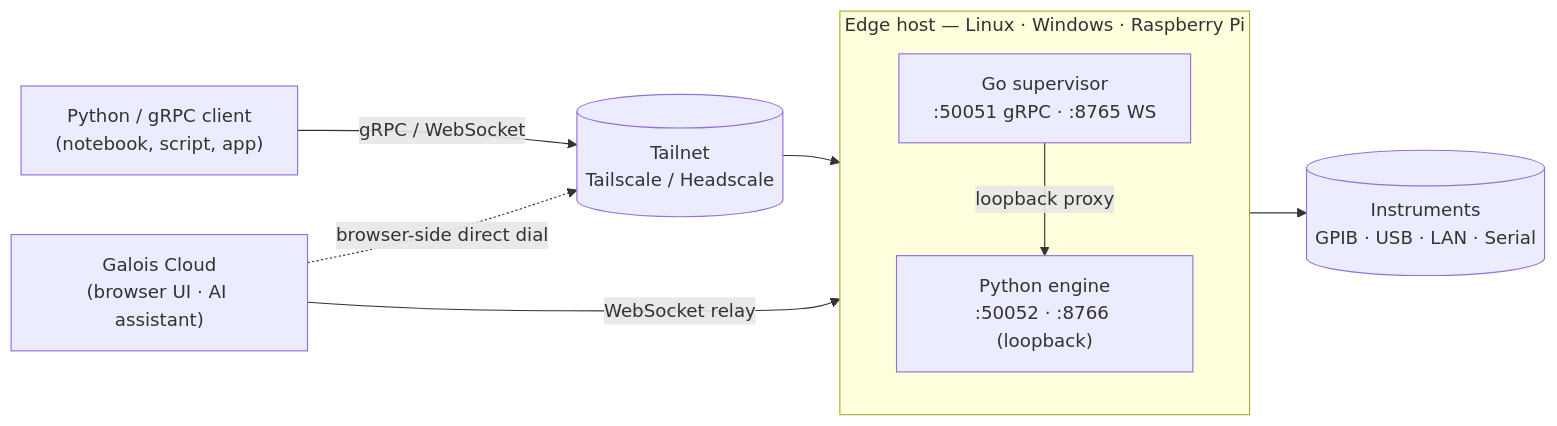
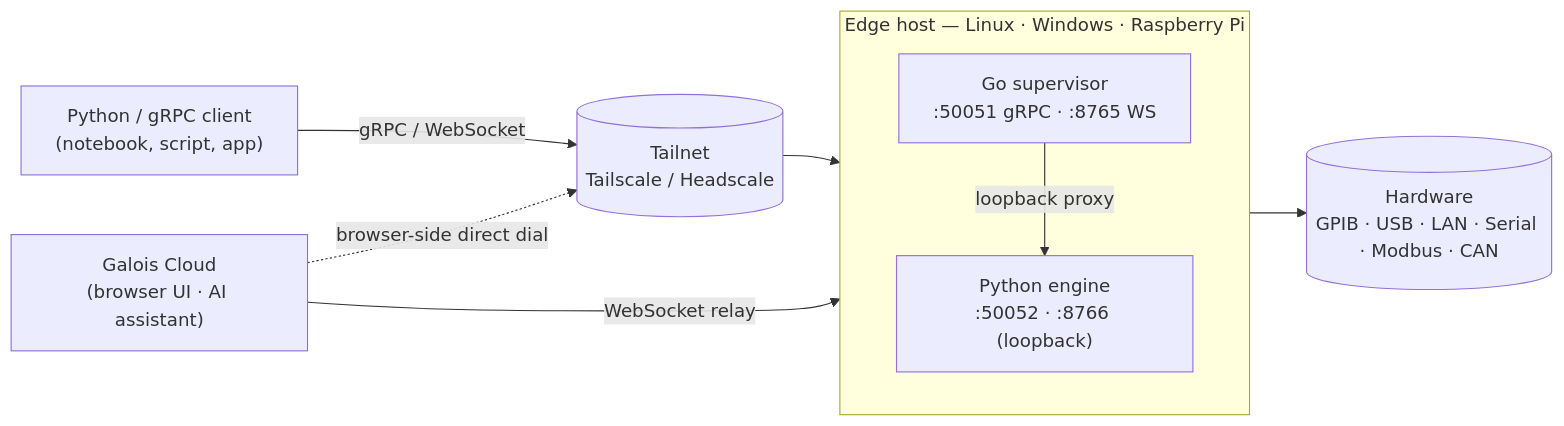
The diagram in README.md (Galois-Labs/edge), drawn with Mermaid before and after one commit. The commit also changed other lines of this file and 4 other files, not shown here.

````diff
--- a/README.md
+++ b/README.md
@@ -83,20 +76,20 @@
 ```mermaid
 flowchart LR
     Client["Python / gRPC client<br/>(notebook, script, app)"]
     Cloud["Galois Cloud<br/>(browser UI · AI assistant)"]
     Tailnet[("Tailnet<br/>Tailscale / Headscale")]
 
     subgraph Edge["Edge host — Linux · Windows · Raspberry Pi"]
       direction TB
       Go["Go supervisor<br/>:50051 gRPC · :8765 WS"]
       Py["Python engine<br/>:50052 · :8766 (loopback)"]
       Go -- "loopback proxy" --> Py
     end
 
-    Inst[("Instruments<br/>GPIB · USB · LAN · Serial")]
+    Inst[("Hardware<br/>GPIB · USB · LAN · Serial · Modbus · CAN")]
 
     Client -- "gRPC / WebSocket" --> Tailnet --> Go
     Cloud -- "WebSocket relay" --> Go
     Cloud -. "browser-side direct dial" .-> Tailnet
     Py --> Inst
 ```
````
